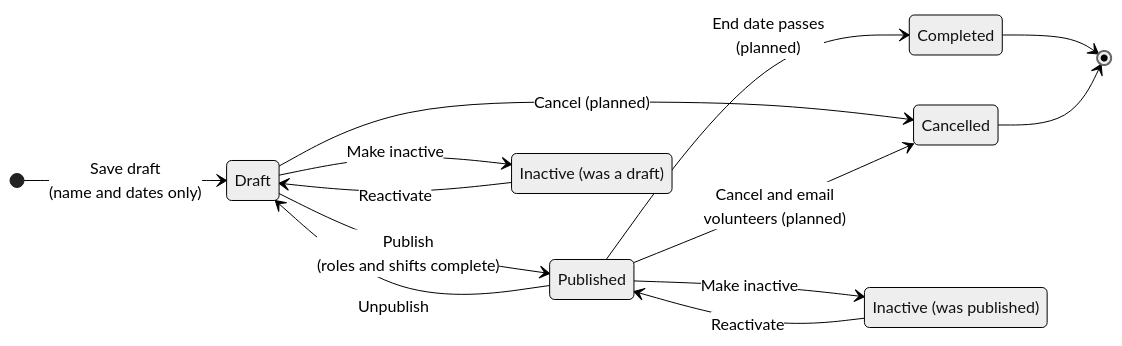
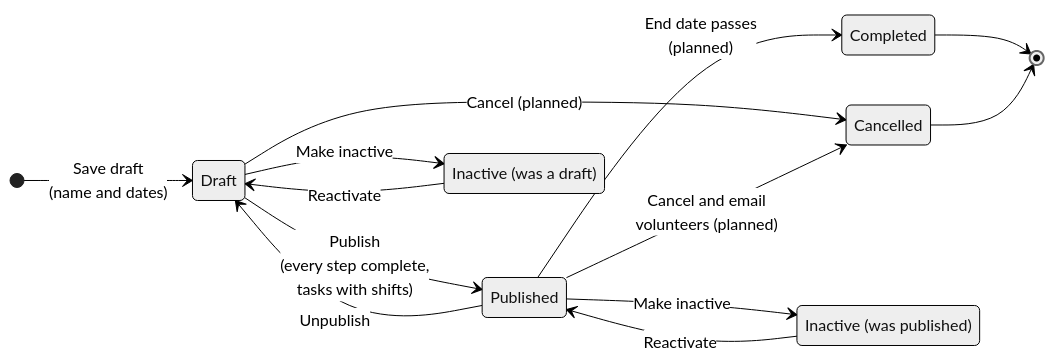
The third of 10 diagrams in docs/DIAGRAMS.md (anb-solutions/sevak), drawn with Mermaid (neutral theme) before and after one commit. The commit also changed other lines of this file and 8 other files, not shown here.

````diff
--- a/docs/DIAGRAMS.md
+++ b/docs/DIAGRAMS.md
@@ -239,21 +226,21 @@
 ```mermaid
 stateDiagram-v2
     direction LR
-    [*] --> Draft : Save draft<br/>(name and dates only)
-    Draft --> Published : Publish<br/>(roles and shifts complete)
+    [*] --> Draft : Save draft<br/>(name and dates)
+    Draft --> Published : Publish<br/>(every step complete,<br/>tasks with shifts)
     Published --> Draft : Unpublish
     Published --> Completed : End date passes<br/>(planned)
     Draft --> Cancelled : Cancel (planned)
     Published --> Cancelled : Cancel and email<br/>volunteers (planned)
 
     Draft --> InactiveDraft : Make inactive
     InactiveDraft --> Draft : Reactivate
     Published --> InactivePublished : Make inactive
     InactivePublished --> Published : Reactivate
 
     state "Inactive (was a draft)" as InactiveDraft
     state "Inactive (was published)" as InactivePublished
 
     Completed --> [*]
     Cancelled --> [*]
 ```
````
